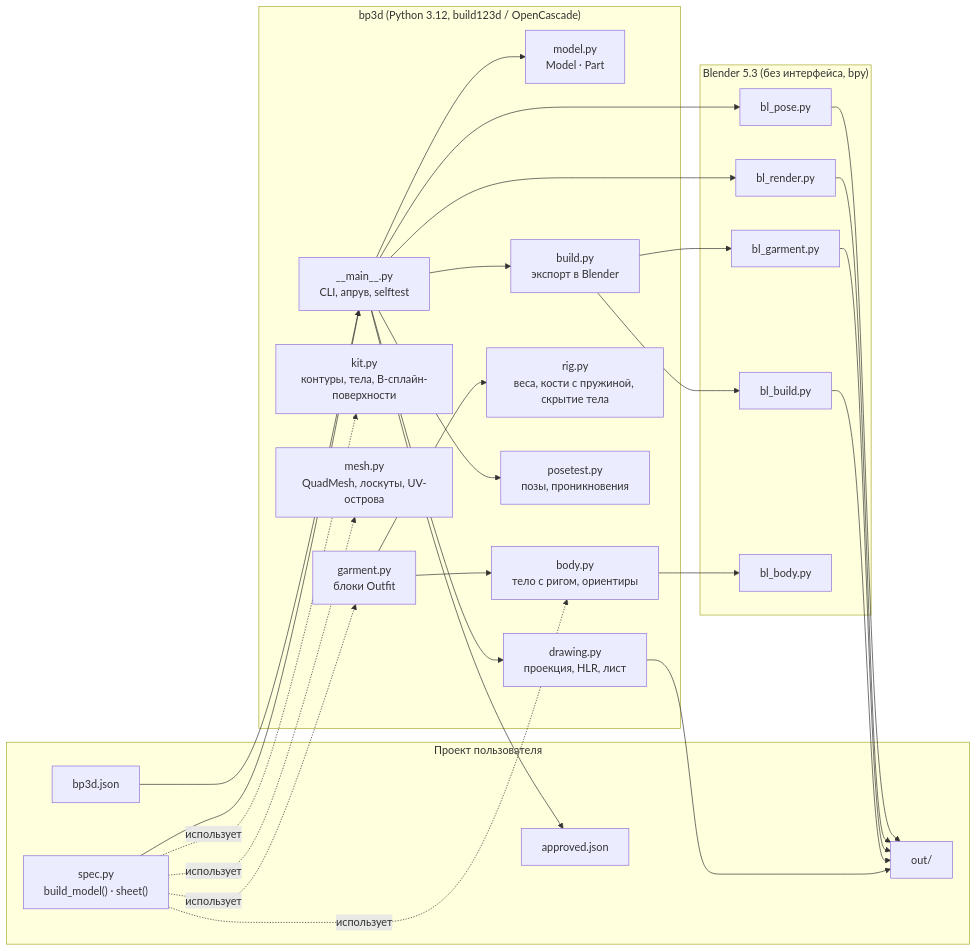
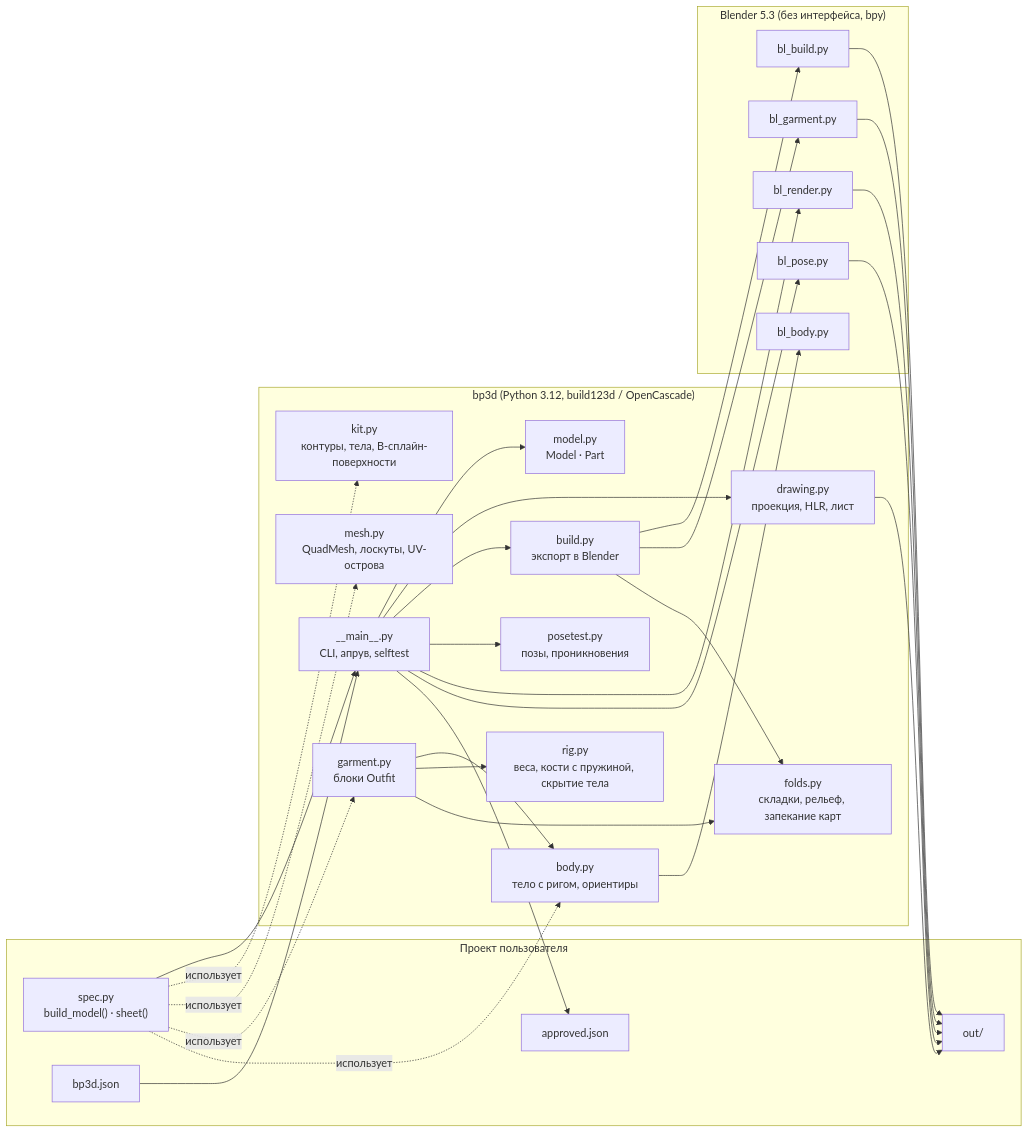
One commit to prizmor/blueprint3d changed the first of 3 diagrams in docs/architecture.ru.md. Above: the diagram before and after it, drawn with Mermaid. The commit also changed other lines of this file and 28 other files, not shown here.

````diff
--- a/docs/architecture.ru.md
+++ b/docs/architecture.ru.md
@@ -13,39 +13,41 @@
 ```mermaid
 flowchart LR
   subgraph user["Проект пользователя"]
     spec["spec.py<br/>build_model() · sheet()"]
     cfg["bp3d.json"]
     appr["approved.json"]
     out["out/"]
   end
   subgraph py["bp3d (Python 3.12, build123d / OpenCascade)"]
     cli["__main__.py<br/>CLI, апрув, selftest"]
     model["model.py<br/>Model · Part"]
     kit["kit.py<br/>контуры, тела, B-сплайн-поверхности"]
     mesh["mesh.py<br/>QuadMesh, лоскуты, UV-острова"]
+    folds["folds.py<br/>складки, рельеф, запекание карт"]
     drawing["drawing.py<br/>проекция, HLR, лист"]
     build["build.py<br/>экспорт в Blender"]
     body["body.py<br/>тело с ригом, ориентиры"]
     garment["garment.py<br/>блоки Outfit"]
     rig["rig.py<br/>веса, кости с пружиной, скрытие тела"]
     posetest["posetest.py<br/>позы, проникновения"]
   end
   subgraph bl["Blender 5.3 (без интерфейса, bpy)"]
     blb["bl_build.py"]
     blg["bl_garment.py"]
     blr["bl_render.py"]
     blp["bl_pose.py"]
     blbody["bl_body.py"]
   end
   spec --> cli
   cfg --> cli
   cli --> model
   spec -.использует.-> kit & mesh & garment & body
   cli --> drawing --> out
   cli --> build --> blb & blg --> out
   cli --> posetest
-  garment --> body & rig
+  garment --> body & rig & folds
+  build --> folds
   body --> blbody
   cli --> blr & blp --> out
   cli --> appr
 ```
````
